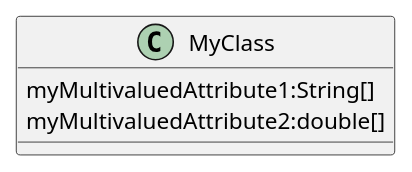
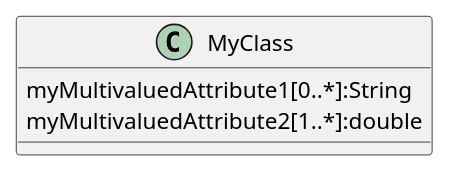
One commit to profesig/exosOO changed the diagram in Diagramme de classe/L1- Classes et attributs/diagrammes/dc_3/dc_3.puml. Above: the diagram before and after it, drawn with PlantUML. The commit also changed 2 other files, not shown here.

```diff
--- a/Diagramme de classe/L1- Classes et attributs/diagrammes/dc_3/dc_3.puml
+++ b/Diagramme de classe/L1- Classes et attributs/diagrammes/dc_3/dc_3.puml
@@ -1,6 +1,6 @@
 @startuml
 class MyClass {
-	myMultivaluedAttribute1:String[]
-	myMultivaluedAttribute2:double[]
+	myMultivaluedAttribute1[0..*]:String
+	myMultivaluedAttribute2[1..*]:double
 }
 @enduml
```
